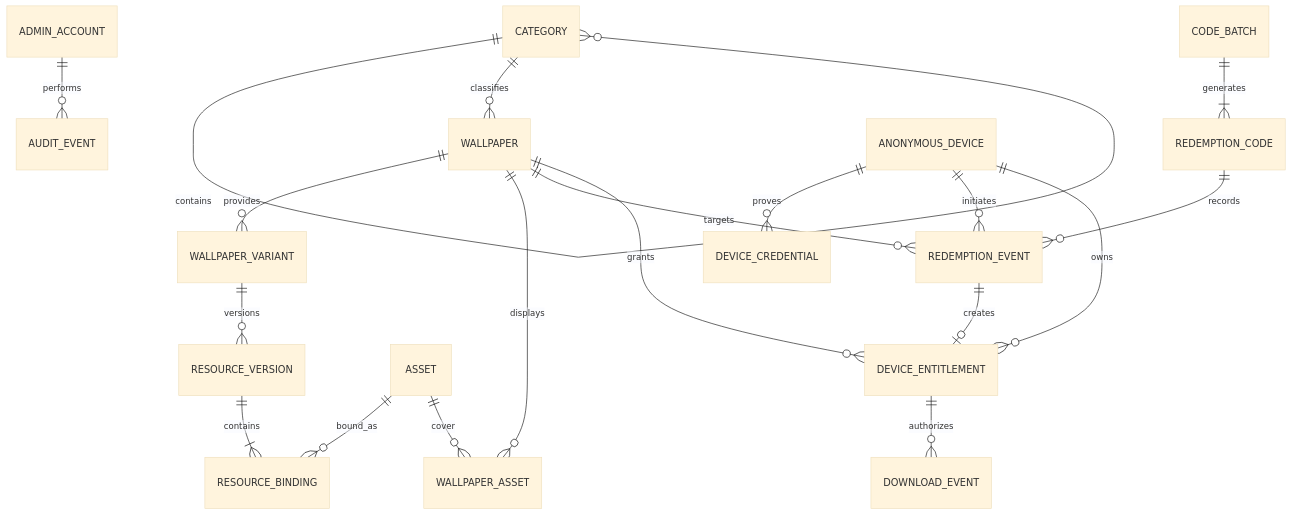
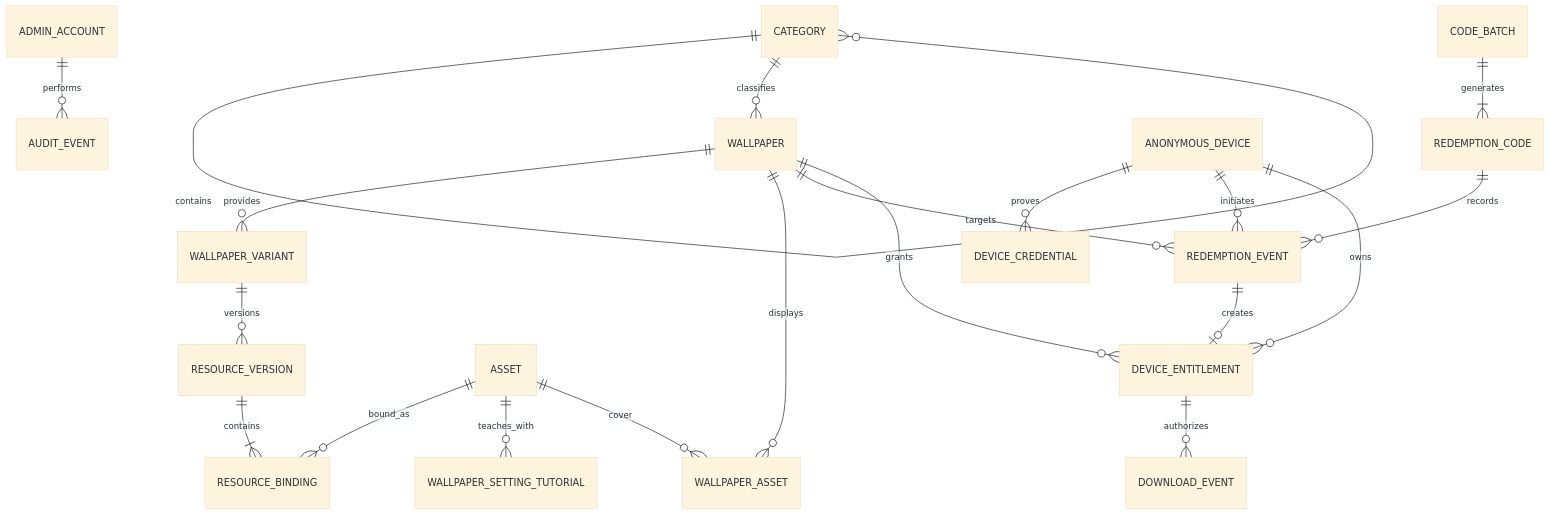
One commit to Jerry1254/wallpapersapp changed the first of 3 diagrams in docs/03-数据设计/DM-001-统一领域模型.md. Above: the diagram before and after it, drawn with Mermaid (base theme). The commit also changed other lines of this file and 48 other files, not shown here.

Commit message:
feat(api): complete wallpaper setting tutorials and acceptance

```diff
--- a/docs/03-数据设计/DM-001-统一领域模型.md
+++ b/docs/03-数据设计/DM-001-统一领域模型.md
@@ -116,23 +118,24 @@
 ~~~mermaid
 erDiagram
     ADMIN_ACCOUNT ||--o{ AUDIT_EVENT : performs
 
     CATEGORY ||--o{ CATEGORY : contains
     CATEGORY ||--o{ WALLPAPER : classifies
     WALLPAPER ||--o{ WALLPAPER_VARIANT : provides
     WALLPAPER_VARIANT ||--o{ RESOURCE_VERSION : versions
     RESOURCE_VERSION ||--|{ RESOURCE_BINDING : contains
     ASSET ||--o{ RESOURCE_BINDING : bound_as
+    ASSET ||--o{ WALLPAPER_SETTING_TUTORIAL : teaches_with
     WALLPAPER ||--o{ WALLPAPER_ASSET : displays
     ASSET ||--o{ WALLPAPER_ASSET : cover
 
     CODE_BATCH ||--|{ REDEMPTION_CODE : generates
     REDEMPTION_CODE ||--o{ REDEMPTION_EVENT : records
     ANONYMOUS_DEVICE ||--o{ DEVICE_CREDENTIAL : proves
     ANONYMOUS_DEVICE ||--o{ REDEMPTION_EVENT : initiates
     WALLPAPER ||--o{ REDEMPTION_EVENT : targets
     ANONYMOUS_DEVICE ||--o{ DEVICE_ENTITLEMENT : owns
     WALLPAPER ||--o{ DEVICE_ENTITLEMENT : grants
     REDEMPTION_EVENT ||--o| DEVICE_ENTITLEMENT : creates
     DEVICE_ENTITLEMENT ||--o{ DOWNLOAD_EVENT : authorizes
 ~~~
```
